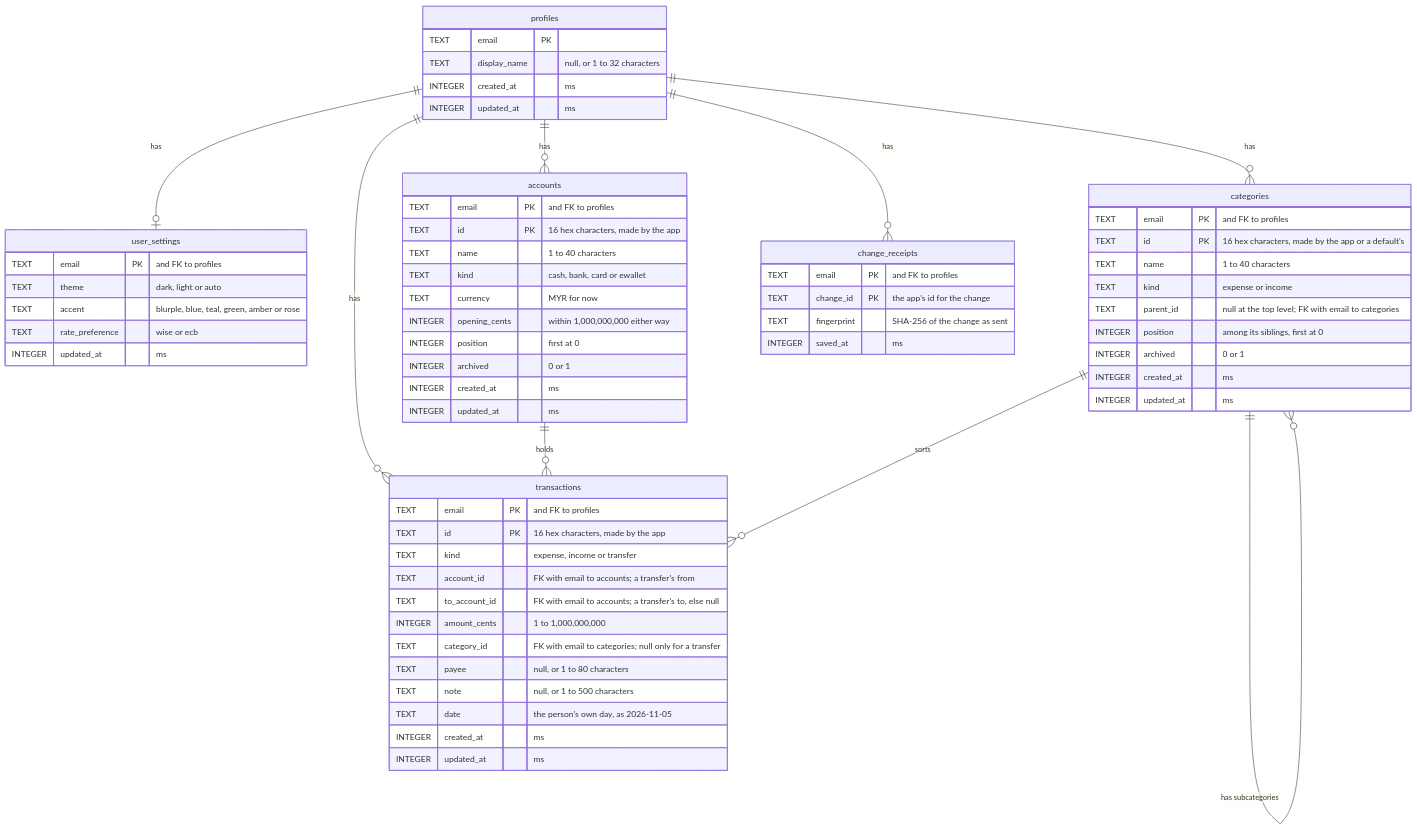
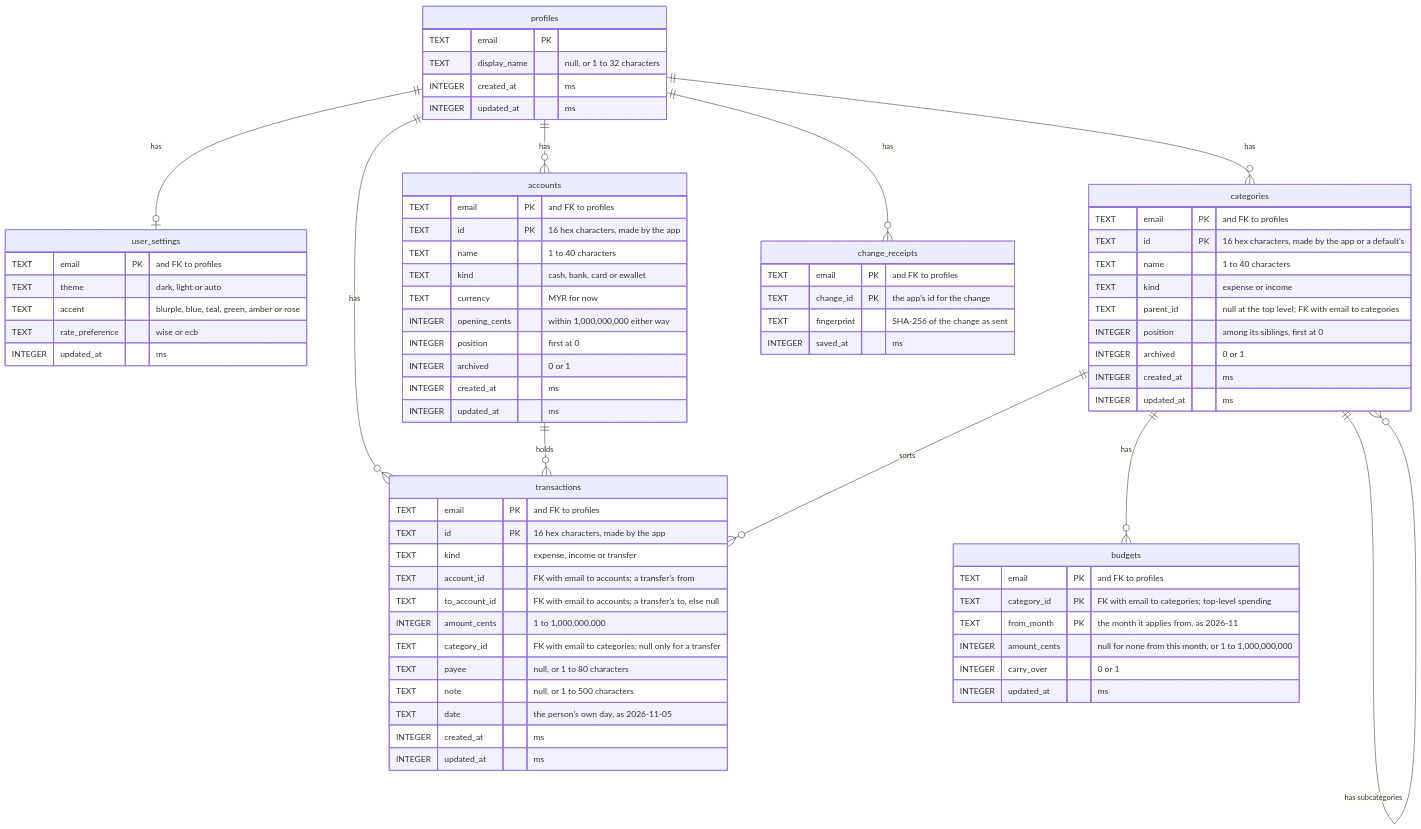
One commit to BlueSky0322/mahnee changed the diagram in docs/erd.md. Above: the diagram before and after it, drawn with Mermaid. The commit also changed other lines of this file and 21 other files, not shown here.

First line of the commit message:
feat(budgets): set a monthly budget per category, with carry-over

````diff
--- a/docs/erd.md
+++ b/docs/erd.md
@@ -7,67 +7,76 @@
 ```mermaid
 erDiagram
   profiles ||--o| user_settings : "has"
   profiles ||--o{ accounts : "has"
   profiles ||--o{ categories : "has"
   categories ||--o{ categories : "has subcategories"
   profiles ||--o{ transactions : "has"
   accounts ||--o{ transactions : "holds"
   categories ||--o{ transactions : "sorts"
   profiles ||--o{ change_receipts : "has"
+  categories ||--o{ budgets : "has"
   profiles {
     TEXT email PK
     TEXT display_name "null, or 1 to 32 characters"
     INTEGER created_at "ms"
     INTEGER updated_at "ms"
   }
   user_settings {
     TEXT email PK "and FK to profiles"
     TEXT theme "dark, light or auto"
     TEXT accent "blurple, blue, teal, green, amber or rose"
     TEXT rate_preference "wise or ecb"
     INTEGER updated_at "ms"
   }
   accounts {
     TEXT email PK "and FK to profiles"
     TEXT id PK "16 hex characters, made by the app"
     TEXT name "1 to 40 characters"
     TEXT kind "cash, bank, card or ewallet"
     TEXT currency "MYR for now"
     INTEGER opening_cents "within 1,000,000,000 either way"
     INTEGER position "first at 0"
     INTEGER archived "0 or 1"
     INTEGER created_at "ms"
     INTEGER updated_at "ms"
   }
   categories {
     TEXT email PK "and FK to profiles"
     TEXT id PK "16 hex characters, made by the app or a default's"
     TEXT name "1 to 40 characters"
     TEXT kind "expense or income"
     TEXT parent_id "null at the top level; FK with email to categories"
     INTEGER position "among its siblings, first at 0"
     INTEGER archived "0 or 1"
     INTEGER created_at "ms"
     INTEGER updated_at "ms"
   }
   transactions {
     TEXT email PK "and FK to profiles"
     TEXT id PK "16 hex characters, made by the app"
     TEXT kind "expense, income or transfer"
     TEXT account_id "FK with email to accounts; a transfer's from"
     TEXT to_account_id "FK with email to accounts; a transfer's to, else null"
     INTEGER amount_cents "1 to 1,000,000,000"
     TEXT category_id "FK with email to categories; null only for a transfer"
     TEXT payee "null, or 1 to 80 characters"
     TEXT note "null, or 1 to 500 characters"
     TEXT date "the person's own day, as 2026-11-05"
     INTEGER created_at "ms"
     INTEGER updated_at "ms"
   }
+  budgets {
+    TEXT email PK "and FK to profiles"
+    TEXT category_id PK "FK with email to categories; top-level spending"
+    TEXT from_month PK "the month it applies from, as 2026-11"
+    INTEGER amount_cents "null for none from this month, or 1 to 1,000,000,000"
+    INTEGER carry_over "0 or 1"
+    INTEGER updated_at "ms"
+  }
   change_receipts {
     TEXT email PK "and FK to profiles"
     TEXT change_id PK "the app's id for the change"
     TEXT fingerprint "SHA-256 of the change as sent"
     INTEGER saved_at "ms"
   }
 ```
````
